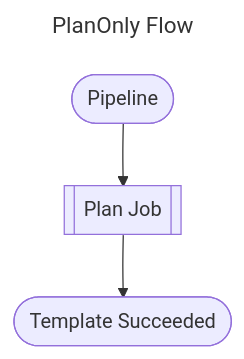
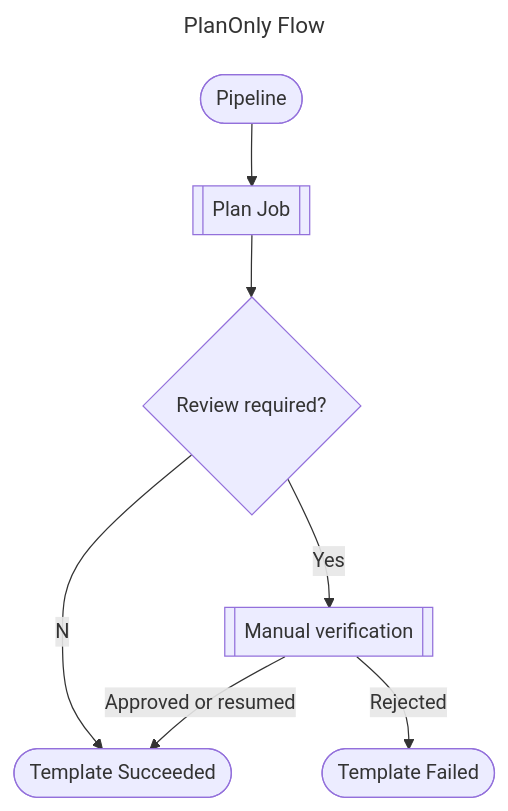
The first of 3 diagrams in docs/user-docs/pipelines/terraform_pipeline_manual_verification.md (UKHO/devops-azdo-yaml-pipeline-templates), drawn with Mermaid before and after one commit. The commit also changed other lines of this file and 7 other files, not shown here.

Commit message:
Honour Terraform verification mode in plan-only CI runs

````diff
--- a/docs/user-docs/pipelines/terraform_pipeline_manual_verification.md
+++ b/docs/user-docs/pipelines/terraform_pipeline_manual_verification.md
@@ -31,12 +31,16 @@
 ```mermaid
 ---
 title: PlanOnly Flow
 ---
 flowchart TD
     pipeline([Pipeline])
     plan[[Plan Job]]
     succeeded([Template Succeeded])
 
     pipeline-->plan
-    plan-->succeeded
+    plan-->review{Review required?}
+    review--No-->succeeded
+    review--Yes-->gate[[Manual verification]]
+    gate--Approved or resumed-->succeeded
+    gate--Rejected-->failed([Template Failed])
 ```
````
